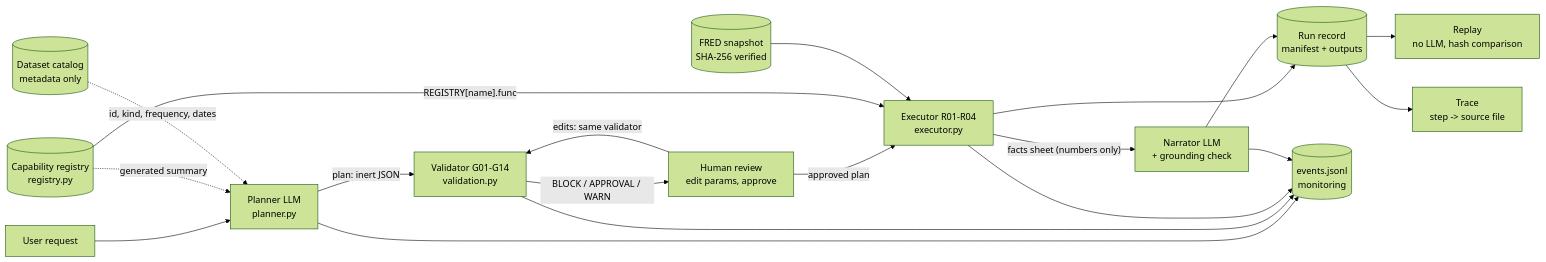
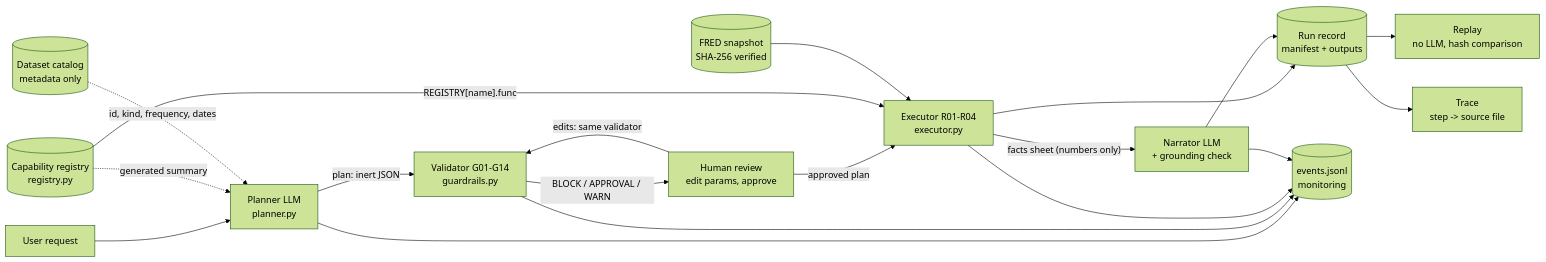
The diagram in README.md (luigifilippochiara/QuantLab), drawn with Mermaid (forest theme) before and after one commit. The commit also changed other lines of this file and 34 other files, not shown here.

First line of the commit message:
Rename validation.py to guardrails.py and scenarios.py to mock_scenarios.py

````diff
--- a/README.md
+++ b/README.md
@@ -225,18 +225,18 @@
 ```mermaid
 flowchart LR
     U[User request] --> P["Planner LLM<br/>planner.py"]
     R[("Capability registry<br/>registry.py")] -. generated summary .-> P
     C[("Dataset catalog<br/>metadata only")] -. id, kind, frequency, dates .-> P
-    P -->|"plan: inert JSON"| V["Validator G01-G14<br/>validation.py"]
+    P -->|"plan: inert JSON"| V["Validator G01-G14<br/>guardrails.py"]
     V -->|"BLOCK / APPROVAL / WARN"| H["Human review<br/>edit params, approve"]
     H -->|"edits: same validator"| V
     H -->|approved plan| E["Executor R01-R04<br/>executor.py"]
     R -->|"REGISTRY[name].func"| E
     D[("FRED snapshot<br/>SHA-256 verified")] --> E
     E -->|"facts sheet (numbers only)"| N["Narrator LLM<br/>+ grounding check"]
     E --> L[("Run record<br/>manifest + outputs")]
     N --> L
     L --> RP["Replay<br/>no LLM, hash comparison"]
     L --> T["Trace<br/>step -> source file"]
     P & V & E & N --> M[("events.jsonl<br/>monitoring")]
 ```
````
